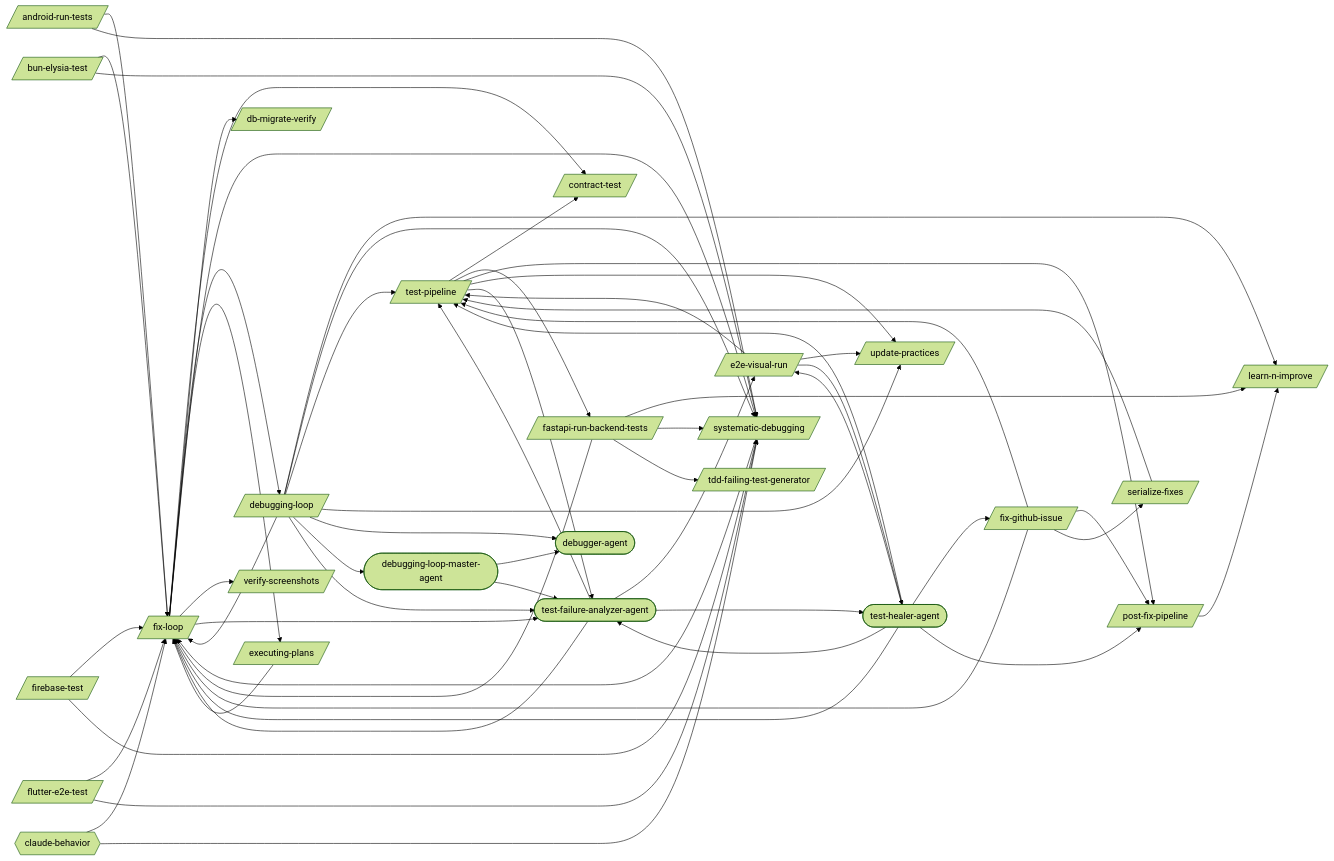
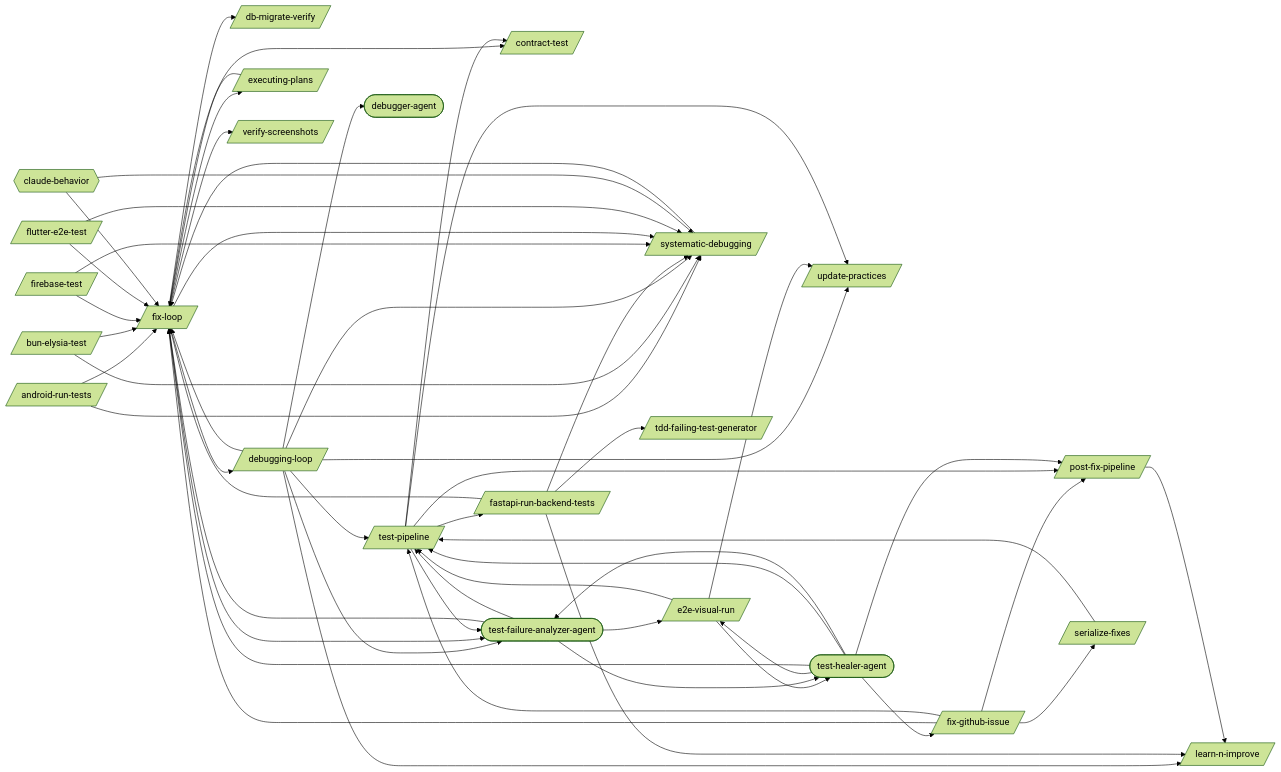
One commit to abhayla/claude-best-practices changed the first of 24 diagrams in docs/workflows/debugging-loop.md. Above: the diagram before and after it, drawn with Mermaid (forest theme). The commit also changed other lines of this file and 29 other files, not shown here.

```diff
--- a/docs/workflows/debugging-loop.md
+++ b/docs/workflows/debugging-loop.md
@@ -29,7 +29,6 @@
     update_practices[/update-practices/]
     verify_screenshots[/verify-screenshots/]
     debugger_agent([debugger-agent])
-    debugging_loop_master_agent([debugging-loop-master-agent])
     test_failure_analyzer_agent([test-failure-analyzer-agent])
     test_healer_agent([test-healer-agent])
     claude_behavior{{claude-behavior}}
@@ -43,7 +42,6 @@
     debugging_loop --> test_pipeline
     debugging_loop --> update_practices
     debugging_loop --> debugger_agent
-    debugging_loop --> debugging_loop_master_agent
     debugging_loop --> test_failure_analyzer_agent
     e2e_visual_run --> test_pipeline
     e2e_visual_run --> update_practices
@@ -76,8 +74,6 @@
     test_pipeline --> post_fix_pipeline
     test_pipeline --> update_practices
     test_pipeline --> test_failure_analyzer_agent
-    debugging_loop_master_agent --> debugger_agent
-    debugging_loop_master_agent --> test_failure_analyzer_agent
     test_failure_analyzer_agent --> e2e_visual_run
     test_failure_analyzer_agent --> fix_loop
     test_failure_analyzer_agent --> test_pipeline
```
